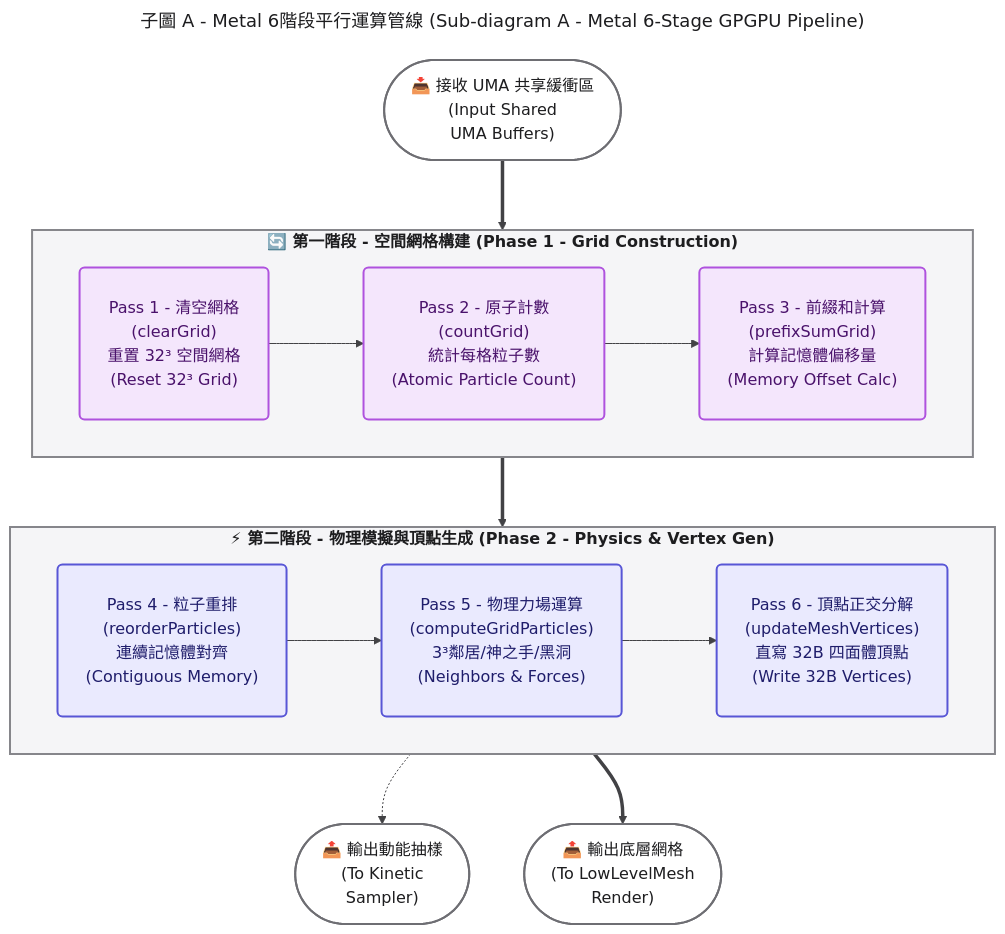
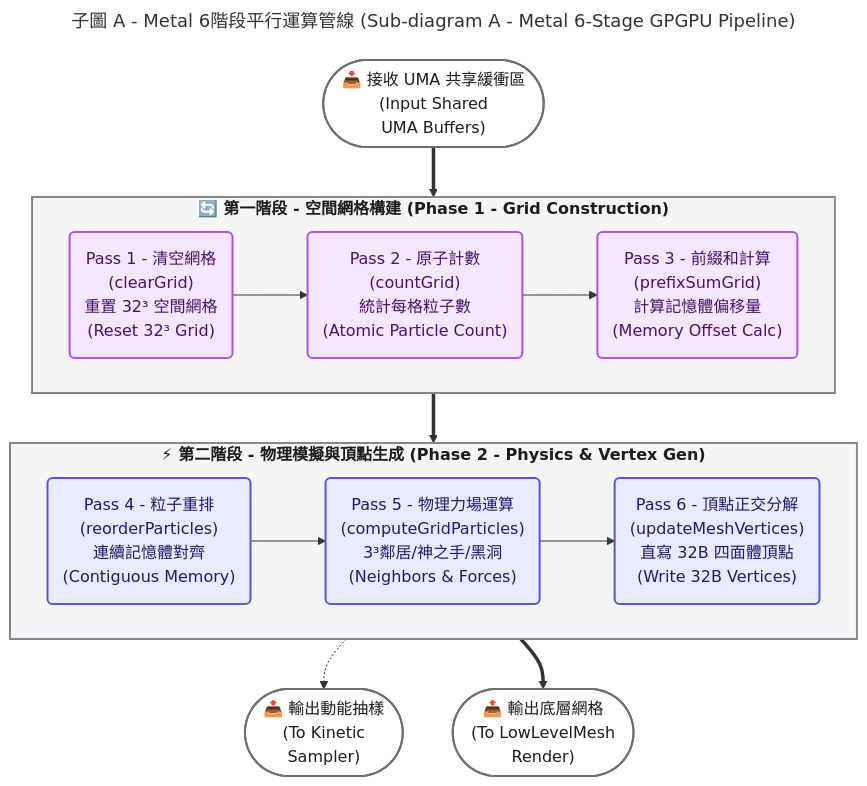
The second of 3 diagrams in README.md (lennox0909/ParticleVision), drawn with Mermaid before and after one commit. The commit also changed other lines of this file, not shown here.

Commit message:
update charts

````diff
--- a/README.md
+++ b/README.md
@@ -121,55 +108,42 @@
 ```mermaid
 ---
 title: "子圖 A - Metal 6階段平行運算管線 (Sub-diagram A - Metal 6-Stage GPGPU Pipeline)"
-config:
-  theme: base
-  themeVariables:
-    clusterBkg: "#F5F5F7"
-    clusterBorder: "#86868B"
-    titleColor: "#1D1D1F"
-    primaryTextColor: "#1D1D1F"
-    lineColor: "#424245"
-  flowchart:
-    curve: basis
-    nodeSpacing: 55
-    rankSpacing: 70
-    padding: 28
 ---
 flowchart TB
     %% 🍎 Apple HIG 高反差系統色票
     classDef applePurple fill:#F4E6FC,stroke:#AF52DE,stroke-width:2px,color:#4A126B
     classDef appleIndigo fill:#EAEAFE,stroke:#5856D6,stroke-width:2px,color:#1F1D6B
     classDef applePill fill:#FFFFFF,stroke:#6E6E73,stroke-width:2px,color:#1D1D1F
 
     UMA_In(["📥 接收 UMA 共享緩衝區<br/>(Input Shared<br/>UMA Buffers)"]):::applePill
 
     subgraph Stage_1_to_3 ["<b>🔄 第一階段 - 空間網格構建 (Phase 1 - Grid Construction)</b>"]
         direction LR
         P1("Pass 1 - 清空網格<br/>(clearGrid)<br/>重置 32³ 空間網格<br/>(Reset 32³ Grid)"):::applePurple
         P2("Pass 2 - 原子計數<br/>(countGrid)<br/>統計每格粒子數<br/>(Atomic Particle Count)"):::applePurple
         P3("Pass 3 - 前綴和計算<br/>(prefixSumGrid)<br/>計算記憶體偏移量<br/>(Memory Offset Calc)"):::applePurple
         
         P1 --> P2 --> P3
     end
 
     subgraph Stage_4_to_6 ["<b>⚡ 第二階段 - 物理模擬與頂點生成 (Phase 2 - Physics & Vertex Gen)</b>"]
         direction LR
         P4("Pass 4 - 粒子重排<br/>(reorderParticles)<br/>連續記憶體對齊<br/>(Contiguous Memory)"):::appleIndigo
         P5("Pass 5 - 物理力場運算<br/>(computeGridParticles)<br/>3³鄰居/神之手/黑洞<br/>(Neighbors & Forces)"):::appleIndigo
         P6("Pass 6 - 頂點正交分解<br/>(updateMeshVertices)<br/>直寫 32B 四面體頂點<br/>(Write 32B Vertices)"):::appleIndigo
 
         P4 --> P5 --> P6
     end
 
     Out_Sample(["📤 輸出動能抽樣<br/>(To Kinetic<br/>Sampler)"]):::applePill
     Out_Mesh(["📤 輸出底層網格<br/>(To LowLevelMesh<br/>Render)"]):::applePill
 
     UMA_In ==> P1
     P3 ==> P4
     P5 -.-> Out_Sample
     P6 ==> Out_Mesh
 
     %% 強制指定子圖容器為 Apple 淺灰底色與純黑高反差字體
     style Stage_1_to_3 fill:#F5F5F7,stroke:#86868B,stroke-width:2px,color:#1D1D1F
     style Stage_4_to_6 fill:#F5F5F7,stroke:#86868B,stroke-width:2px,color:#1D1D1F
 ```
````
